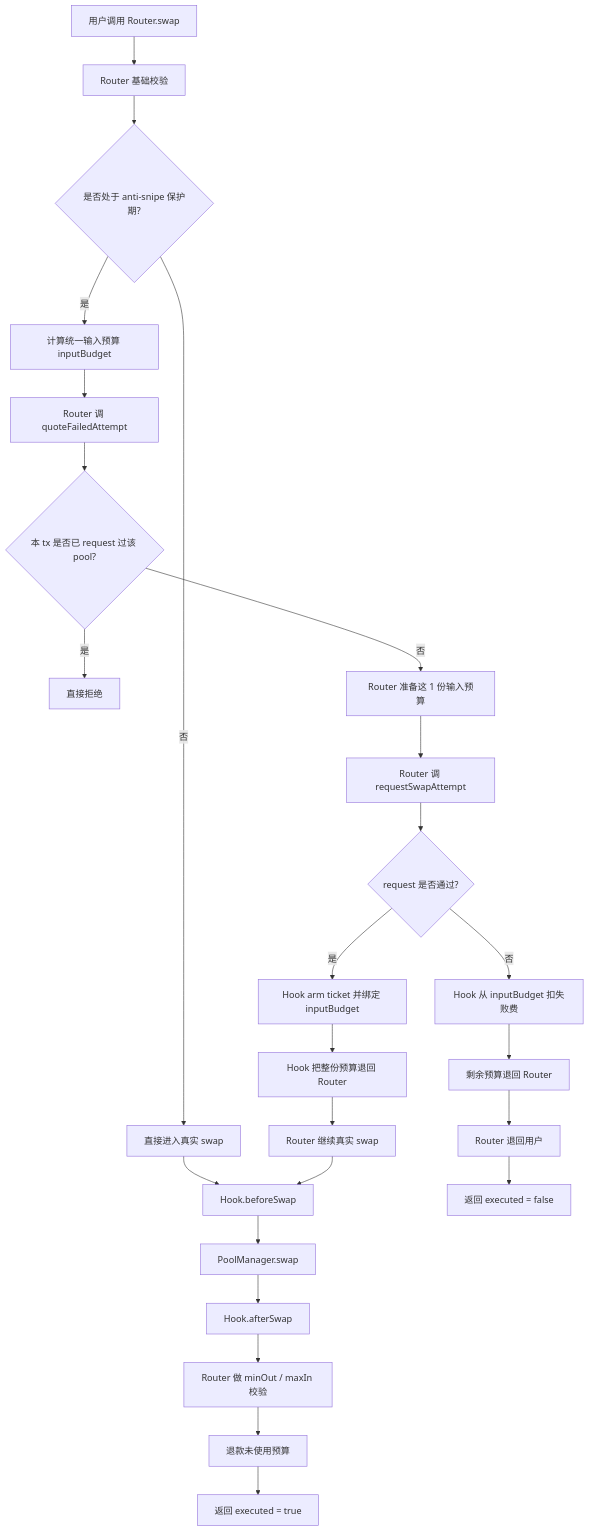
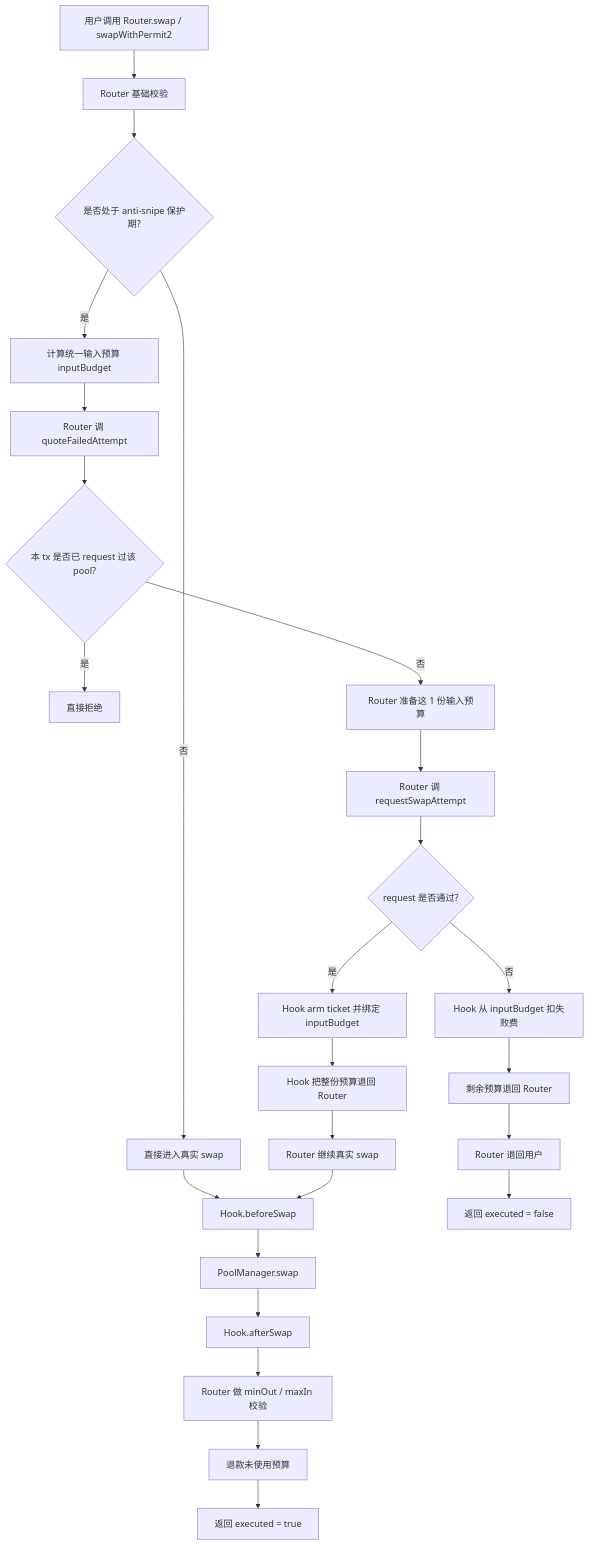
The first of 7 diagrams in doc/memeverse-swap-flow.md (OutrunBuild/MemeverseV2), drawn with Mermaid before and after one commit. The commit also changed other lines of this file and 8 other files, not shown here.

Commit message:
feat(swap): restore full Permit2 router support

````diff
--- a/doc/memeverse-swap-flow.md
+++ b/doc/memeverse-swap-flow.md
@@ -15,31 +16,31 @@
 ```mermaid
 flowchart TD
-    A[用户调用 Router.swap] --> B[Router 基础校验]
+    A[用户调用 Router.swap / swapWithPermit2] --> B[Router 基础校验]
     B --> C{是否处于 anti-snipe 保护期?}
 
     C -- 否 --> D[直接进入真实 swap]
     D --> E[Hook.beforeSwap]
     E --> F[PoolManager.swap]
     F --> G[Hook.afterSwap]
     G --> H[Router 做 minOut / maxIn 校验]
     H --> I[退款未使用预算]
     I --> J[返回 executed = true]
 
     C -- 是 --> K[计算统一输入预算 inputBudget]
     K --> L[Router 调 quoteFailedAttempt]
     L --> L1{本 tx 是否已 request 过该 pool?}
     L1 -- 是 --> L2[直接拒绝]
     L1 -- 否 --> M[Router 准备这 1 份输入预算]
     M --> N[Router 调 requestSwapAttempt]
     N --> O{request 是否通过?}
 
     O -- 否 --> P[Hook 从 inputBudget 扣失败费]
     P --> Q[剩余预算退回 Router]
     Q --> R[Router 退回用户]
     R --> S[返回 executed = false]
 
     O -- 是 --> T[Hook arm ticket 并绑定 inputBudget]
     T --> U[Hook 把整份预算退回 Router]
     U --> V[Router 继续真实 swap]
     V --> E
 ```
````
